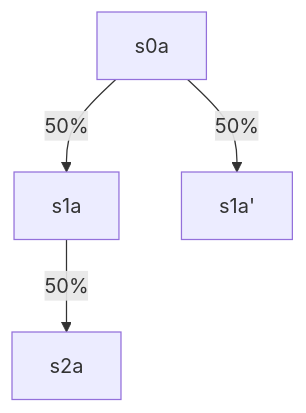
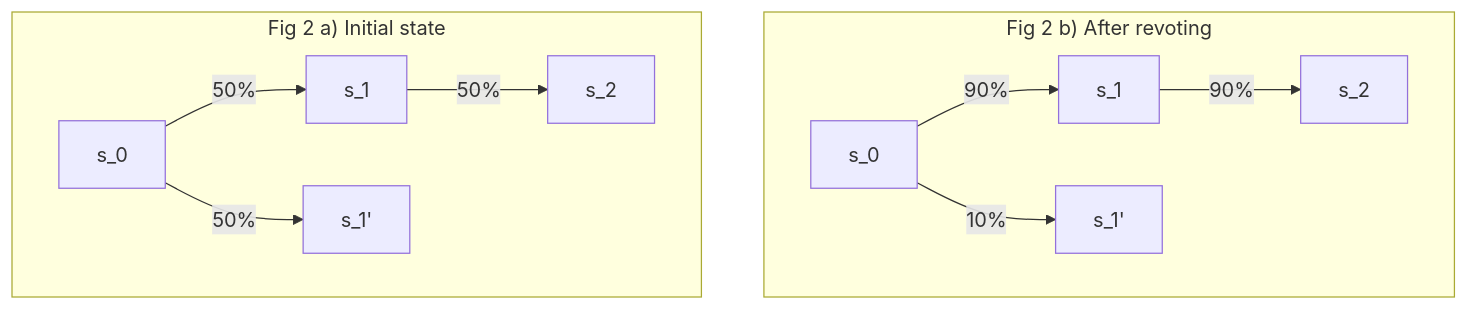
Before and after one commit to movementlabsxyz/MIP: the second of 4 diagrams in MD/md-116/README.md, drawn with Mermaid. The commit also changed other lines of this file, not shown here.

Commit message:
update mermaids

````diff
--- a/MD/md-116/README.md
+++ b/MD/md-116/README.md
@@ -222,6 +212,16 @@
-  ```mermaid
-  graph TD
-    s0a -->|50%| s1a
-    s0a -->|50%| s1a'
-    s1a -->|50%| s2a
-  ```
+```mermaid
+graph TD
+  %% Subgraph for Fig 2 b
+  subgraph "Fig 2 b) After revoting"
+    s0b["s_0"] -->|90%| s1b["s_1"]
+    s0b -->|10%| s1b'["s_1'"]
+    s1b -->|90%| s2b["s_2"]
+  end
+
+  %% Subgraph for Fig 2 a
+  subgraph "Fig 2 a) Initial state"
+    s0a["s_0"] -->|50%| s1a["s_1"]
+    s0a -->|50%| s1a'["s_1'"]
+    s1a -->|50%| s2a["s_2"]
+  end
+```
````
